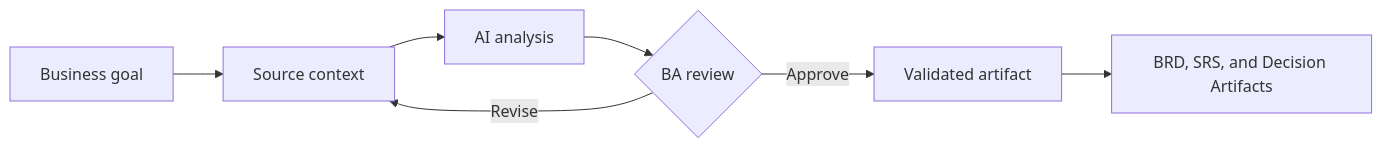
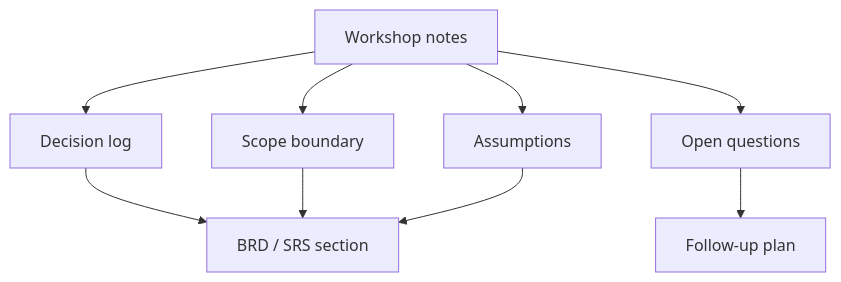
One commit to anhtnt90dev/ai-for-ba changed the diagram in docs/en/lessons/brd-srs-and-decision-artifacts/index.md. Above: the diagram before and after it, drawn with Mermaid. The commit also changed other lines of this file and 64 other files, not shown here.

````diff
--- a/docs/en/lessons/brd-srs-and-decision-artifacts/index.md
+++ b/docs/en/lessons/brd-srs-and-decision-artifacts/index.md
@@ -39,9 +38,11 @@
 ```mermaid
-flowchart LR
-    A["Business goal"] --> B["Source context"]
-    B --> C["AI analysis"]
-    C --> D{"BA review"}
-    D -->|"Revise"| B
-    D -->|"Approve"| E["Validated artifact"]
-    E --> F["BRD, SRS, and Decision Artifacts"]
+flowchart TD
+    A["Workshop notes"] --> B["Decision log"]
+    A --> C["Scope boundary"]
+    A --> D["Assumptions"]
+    A --> E["Open questions"]
+    B --> F["BRD / SRS section"]
+    C --> F
+    D --> F
+    E --> G["Follow-up plan"]
 ```
````
